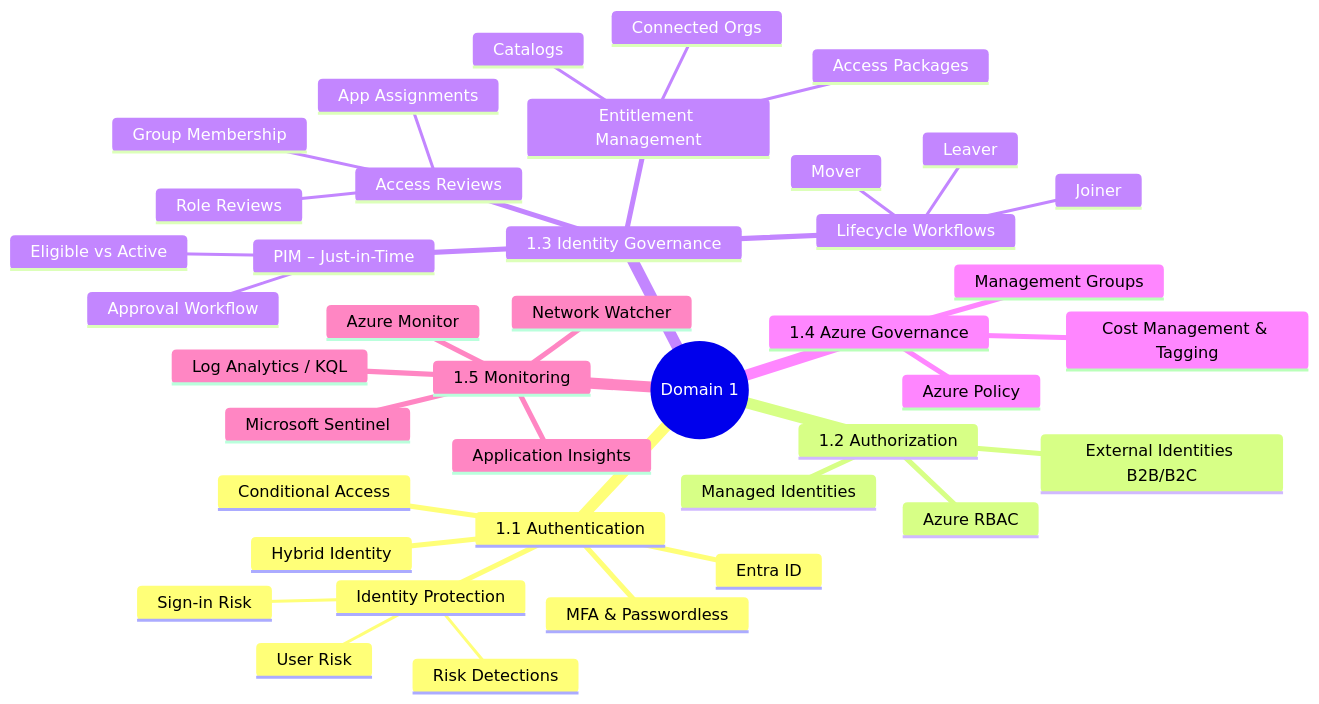
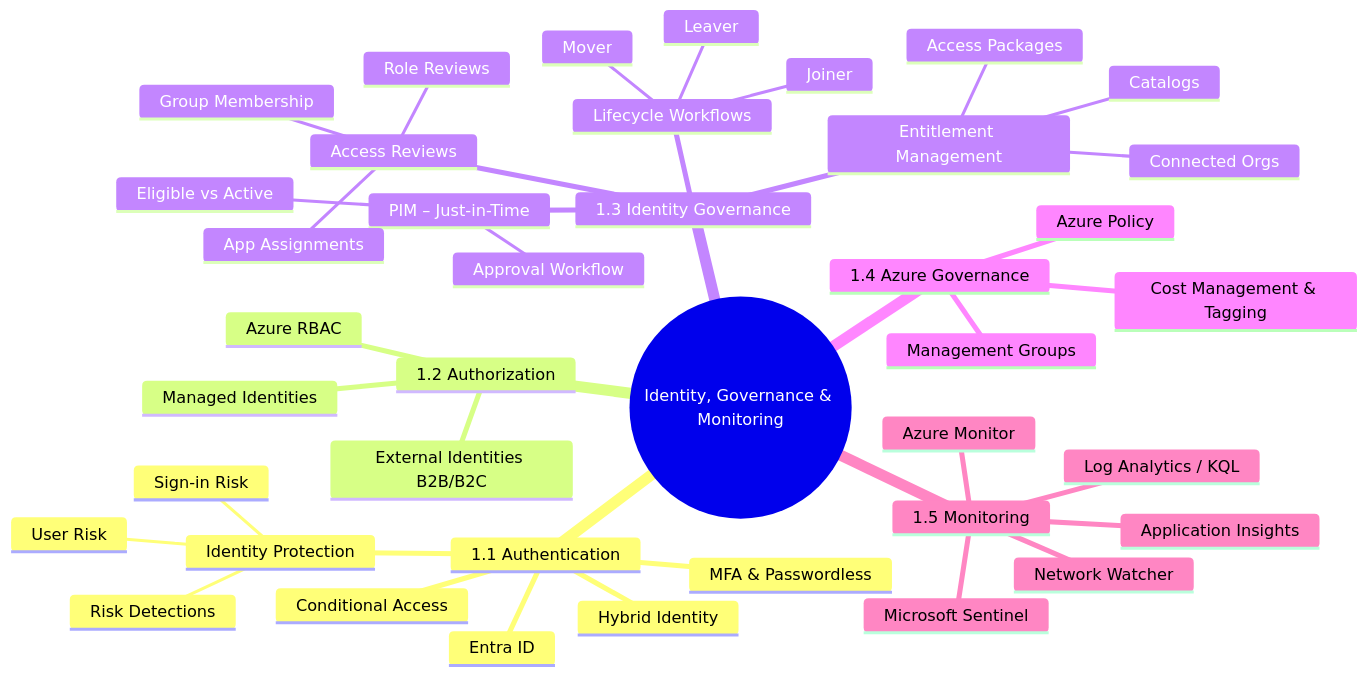
One commit to marcogrimaldi29/az-305-study-notes changed the first of 14 diagrams in 01-identity-governance-monitoring.md. Above: the diagram before and after it, drawn with Mermaid. The commit also changed 2 other files, not shown here.

Commit message:
Reviewed and Updated domain content

````diff
--- a/01-identity-governance-monitoring.md
+++ b/01-identity-governance-monitoring.md
@@ -18,43 +18,43 @@
 ```mermaid
 mindmap
-  root((Domain 1))
+  root((Identity, Governance & Monitoring))
     1.1 Authentication
       Entra ID
       Hybrid Identity
       MFA & Passwordless
       Conditional Access
       Identity Protection
         User Risk
         Sign-in Risk
         Risk Detections
     1.2 Authorization
       Azure RBAC
       Managed Identities
       External Identities B2B/B2C
     1.3 Identity Governance
       PIM – Just-in-Time
         Eligible vs Active
         Approval Workflow
       Access Reviews
         Group Membership
         App Assignments
         Role Reviews
       Entitlement Management
         Catalogs
         Access Packages
         Connected Orgs
       Lifecycle Workflows
         Joiner
         Mover
         Leaver
     1.4 Azure Governance
       Management Groups
       Azure Policy
       Cost Management & Tagging
     1.5 Monitoring
       Azure Monitor
       Log Analytics / KQL
       Application Insights
       Microsoft Sentinel
       Network Watcher
 ```
````
